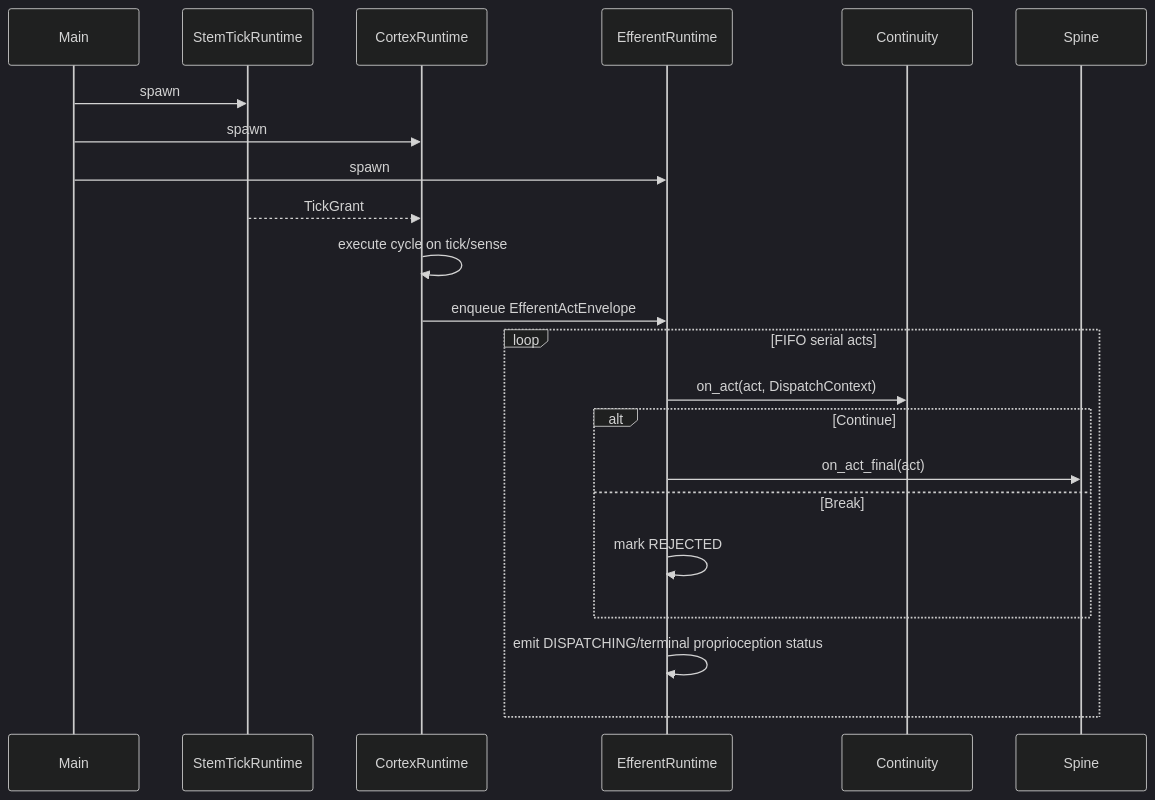
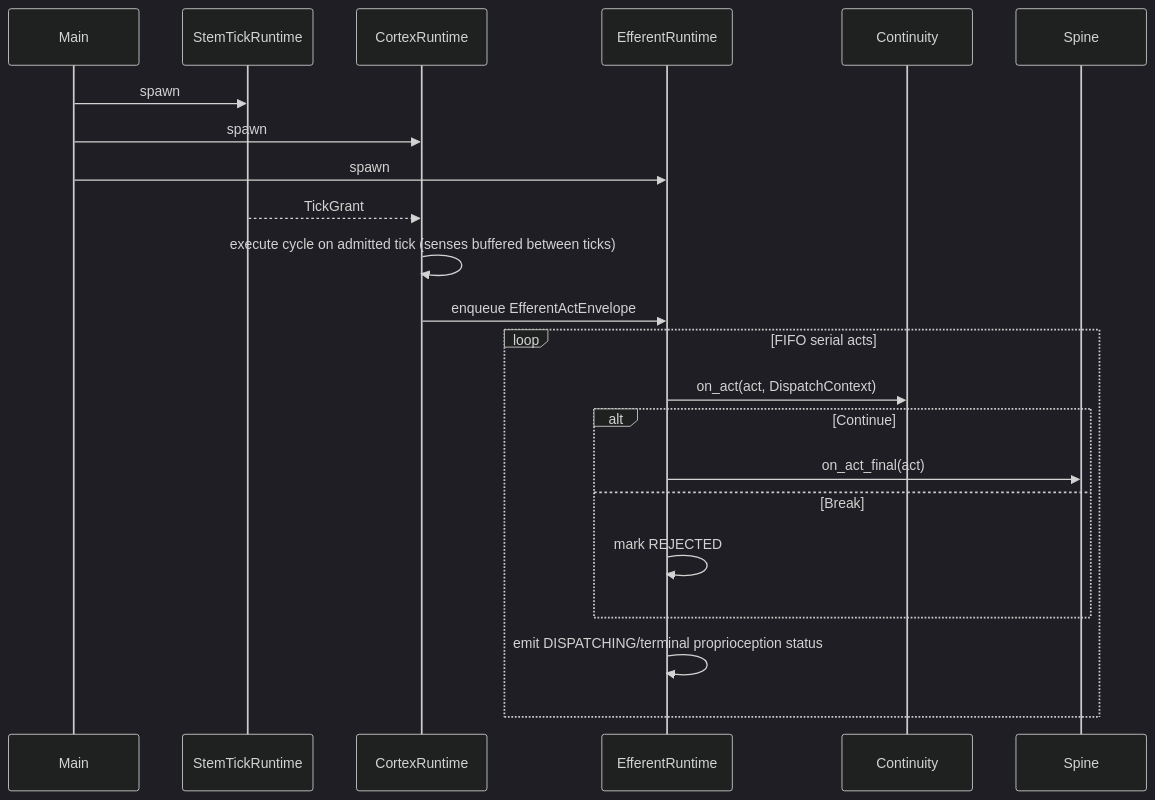
One commit to xiaoland/Beluna changed the first of 2 diagrams in docs/modules/stem/TOPOGRAPHY.md. Above: the diagram before and after it, drawn with Mermaid (dark theme). The commit also changed 43 other files, not shown here.

````diff
--- a/docs/modules/stem/TOPOGRAPHY.md
+++ b/docs/modules/stem/TOPOGRAPHY.md
@@ -36,27 +36,27 @@
 ```mermaid
 sequenceDiagram
     participant Main
     participant ST as StemTickRuntime
     participant CR as CortexRuntime
     participant EF as EfferentRuntime
     participant CT as Continuity
     participant SP as Spine
 
     Main->>ST: spawn
     Main->>CR: spawn
     Main->>EF: spawn
 
     ST-->>CR: TickGrant
-    CR->>CR: execute cycle on tick/sense
+    CR->>CR: execute cycle on admitted tick (senses buffered between ticks)
     CR->>EF: enqueue EfferentActEnvelope
 
     loop FIFO serial acts
         EF->>CT: on_act(act, DispatchContext)
         alt Continue
             EF->>SP: on_act_final(act)
         else Break
             EF->>EF: mark REJECTED
         end
         EF->>EF: emit DISPATCHING/terminal proprioception status
     end
 ```
````
